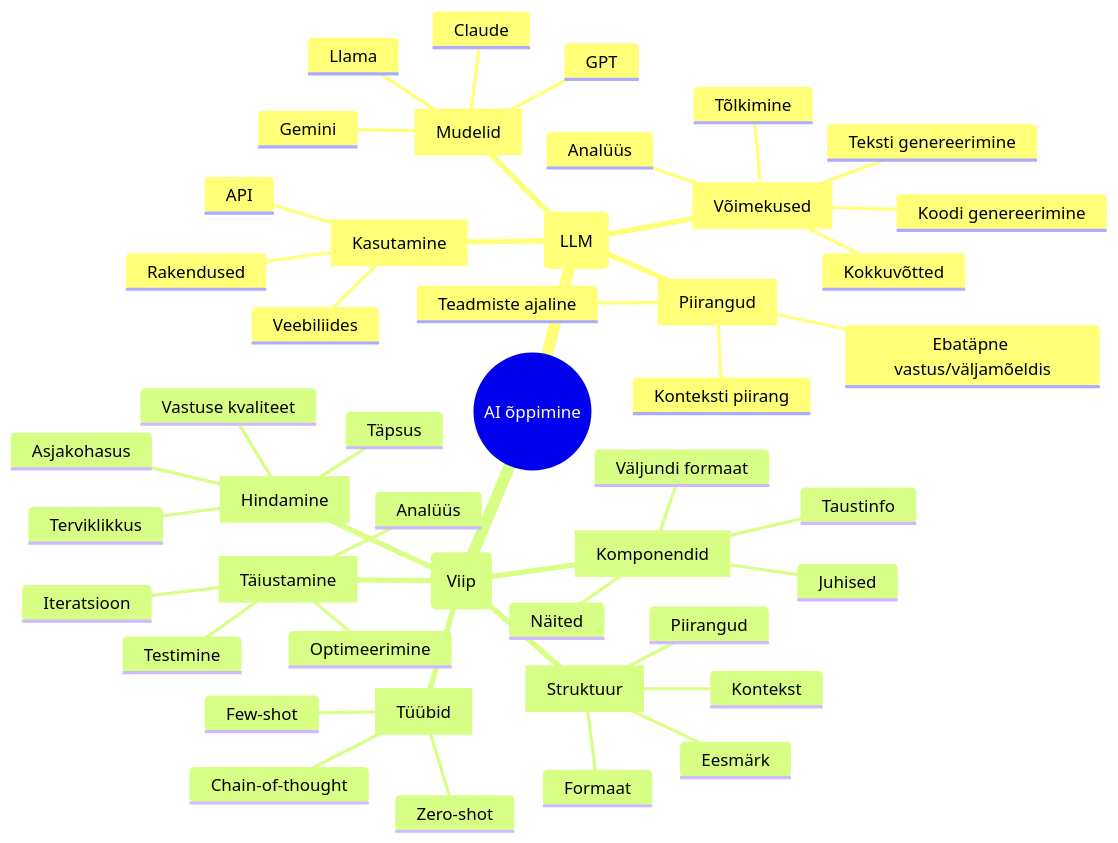
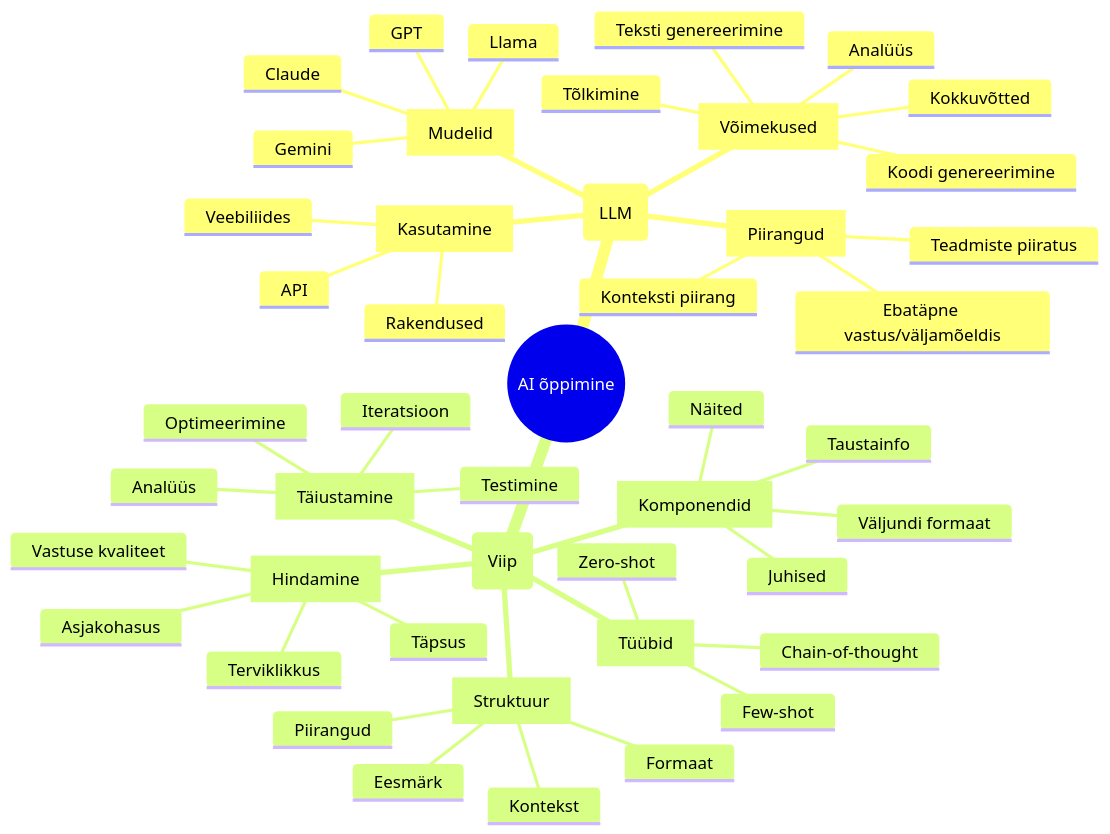
Before and after one commit to TLUHK-RIF20-Juho/ai-learn: the first of 3 diagrams in README.md, drawn with Mermaid.

Commit message:
docs: add mindmap to README

````diff
--- a/README.md
+++ b/README.md
@@ -11,49 +11,49 @@
 ```mermaid
 mindmap
   root((AI õppimine))
     (LLM)
         [Mudelid]
             GPT
             Claude
             Llama
             Gemini
         [Võimekused]
             Teksti genereerimine
             Analüüs
             Tõlkimine
             Kokkuvõtted
             Koodi genereerimine
         [Piirangud]
             Ebatäpne vastus/väljamõeldis
             Konteksti piirang
-            Teadmiste ajaline
+            Teadmiste piiratus
         [Kasutamine]
             API
             Veebiliides
             Rakendused
     (Viip)
         [Struktuur]
             Kontekst
             Eesmärk
             Piirangud
             Formaat
         [Tüübid]
             Zero-shot
             Few-shot
             Chain-of-thought
         [Komponendid]
-            Taustinfo
+            Taustainfo
             Juhised
             Näited
             Väljundi formaat
         [Täiustamine]
             Iteratsioon
             Analüüs
             Optimeerimine
             Testimine
         [Hindamine]
             Vastuse kvaliteet
             Täpsus
             Asjakohasus
             Terviklikkus
 ```
````
